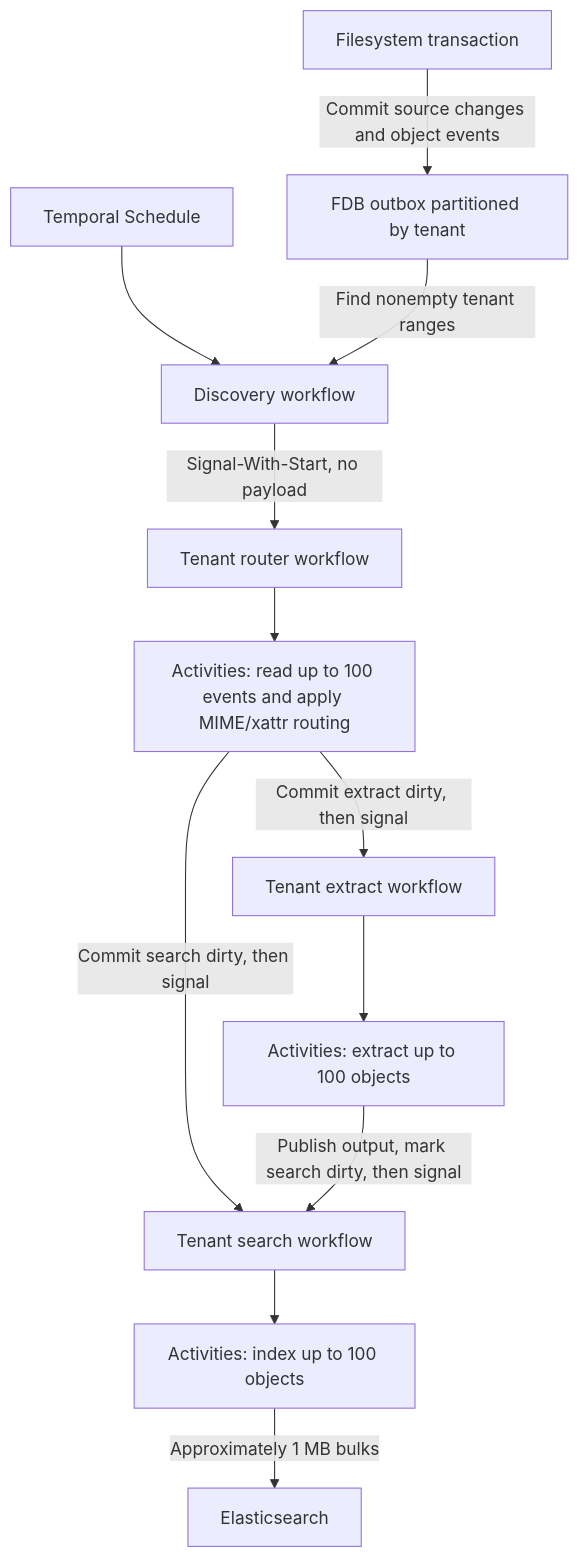
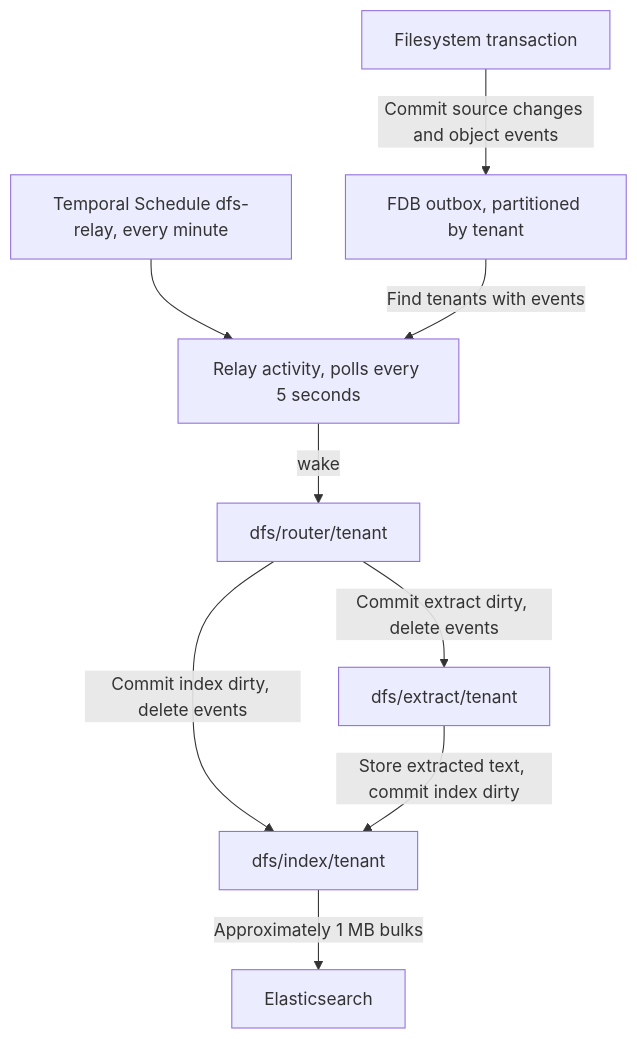
Before and after one commit to Wesype/dust.tt: the diagram in dfs/design-docs/TRANSACTIONAL_OUTBOUND.md, drawn with Mermaid. The commit also changed other lines of this file and 15 other files, not shown here.

````diff
--- a/dfs/design-docs/TRANSACTIONAL_OUTBOUND.md
+++ b/dfs/design-docs/TRANSACTIONAL_OUTBOUND.md
@@ -7,14 +9,11 @@
 ```mermaid
 flowchart TD
-    A["Filesystem transaction"] -->|"Commit source changes and object events"| O["FDB outbox partitioned by tenant"]
-    T["Temporal Schedule"] --> D["Discovery workflow"]
-    O -->|"Find nonempty tenant ranges"| D
-    D -->|"Signal-With-Start, no payload"| R["Tenant router workflow"]
-    R --> B["Activities: read up to 100 events and apply MIME/xattr routing"]
-    B -->|"Commit extract dirty, then signal"| E["Tenant extract workflow"]
-    B -->|"Commit search dirty, then signal"| S["Tenant search workflow"]
-    E --> EA["Activities: extract up to 100 objects"]
-    EA -->|"Publish output, mark search dirty, then signal"| S
-    S --> SA["Activities: index up to 100 objects"]
-    SA -->|"Approximately 1 MB bulks"| ES["Elasticsearch"]
+    A["Filesystem transaction"] -->|"Commit source changes and object events"| O["FDB outbox, partitioned by tenant"]
+    T["Temporal Schedule dfs-relay, every minute"] --> RL["Relay activity, polls every 5 seconds"]
+    O -->|"Find tenants with events"| RL
+    RL -->|"wake"| R["dfs/router/tenant"]
+    R -->|"Commit extract dirty, delete events"| E["dfs/extract/tenant"]
+    R -->|"Commit index dirty, delete events"| I["dfs/index/tenant"]
+    E -->|"Store extracted text, commit index dirty"| I
+    I -->|"Approximately 1 MB bulks"| ES["Elasticsearch"]
 ```
````
